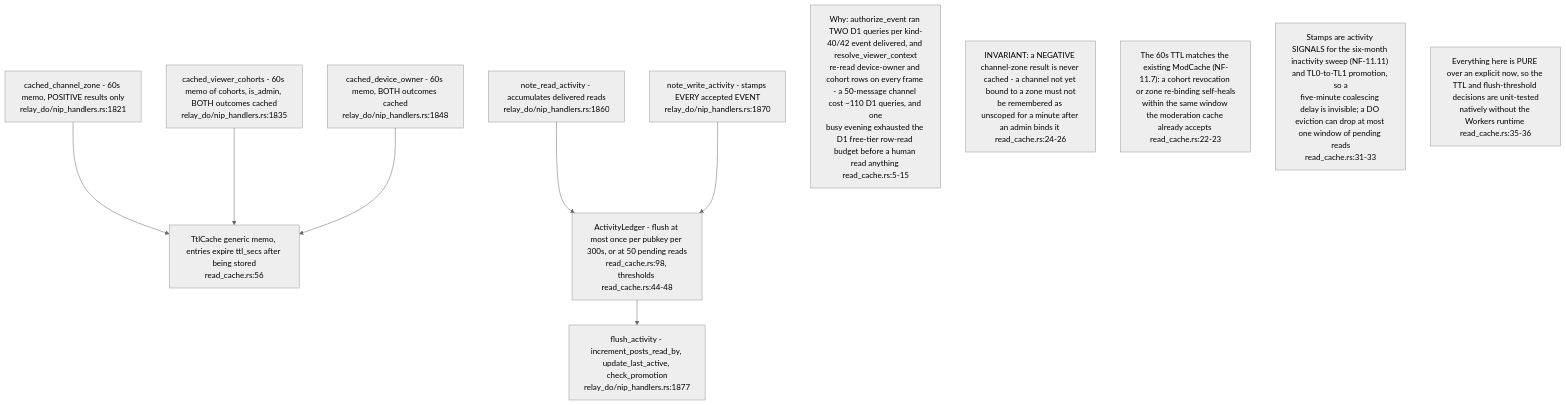
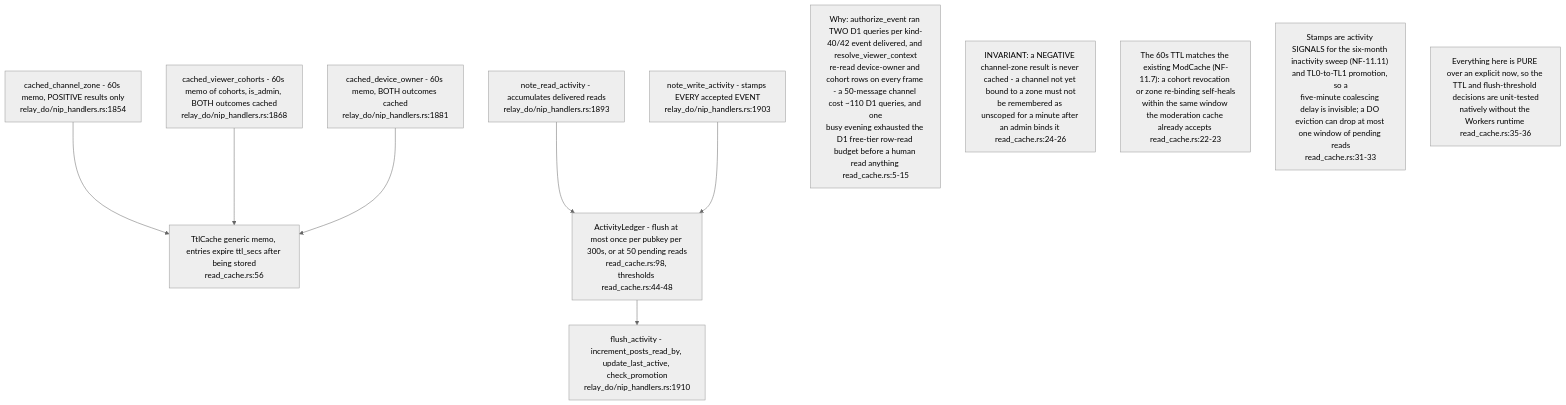
One commit to DreamLab-AI/VisionFlow changed diagram 16 of 16 in docs/diagrams/nostr-rust-forum/11-relay-durable-object-internals.md. Above: the diagram before and after it, drawn with Mermaid (neutral theme). The commit also changed other lines of this file and 111 other files, not shown here.

Commit message:
docs(diagrams): align estate maps with current source

````diff
--- a/docs/diagrams/nostr-rust-forum/11-relay-durable-object-internals.md
+++ b/docs/diagrams/nostr-rust-forum/11-relay-durable-object-internals.md
@@ -456,20 +457,20 @@
 ```mermaid
 flowchart TB
-    ZONE["cached_channel_zone - 60s memo, POSITIVE results only<br/>relay_do/nip_handlers.rs:1821"]
-    COH["cached_viewer_cohorts - 60s memo of cohorts, is_admin, BOTH outcomes cached<br/>relay_do/nip_handlers.rs:1835"]
-    DEV["cached_device_owner - 60s memo, BOTH outcomes cached<br/>relay_do/nip_handlers.rs:1848"]
+    ZONE["cached_channel_zone - 60s memo, POSITIVE results only<br/>relay_do/nip_handlers.rs:1854"]
+    COH["cached_viewer_cohorts - 60s memo of cohorts, is_admin, BOTH outcomes cached<br/>relay_do/nip_handlers.rs:1868"]
+    DEV["cached_device_owner - 60s memo, BOTH outcomes cached<br/>relay_do/nip_handlers.rs:1881"]
     TTL["TtlCache generic memo, entries expire ttl_secs after being stored<br/>read_cache.rs:56"]
-    READ["note_read_activity - accumulates delivered reads<br/>relay_do/nip_handlers.rs:1860"]
-    WRITE["note_write_activity - stamps EVERY accepted EVENT<br/>relay_do/nip_handlers.rs:1870"]
+    READ["note_read_activity - accumulates delivered reads<br/>relay_do/nip_handlers.rs:1893"]
+    WRITE["note_write_activity - stamps EVERY accepted EVENT<br/>relay_do/nip_handlers.rs:1903"]
     LEDGER["ActivityLedger - flush at most once per pubkey per 300s, or at 50 pending reads<br/>read_cache.rs:98, thresholds read_cache.rs:44-48"]
-    FLUSH["flush_activity - increment_posts_read_by, update_last_active, check_promotion<br/>relay_do/nip_handlers.rs:1877"]
+    FLUSH["flush_activity - increment_posts_read_by, update_last_active, check_promotion<br/>relay_do/nip_handlers.rs:1910"]
 
     ZONE & COH & DEV --> TTL
     READ & WRITE --> LEDGER --> FLUSH
 
     N1["Why: authorize_event ran TWO D1 queries per kind-40/42 event delivered, and resolve_viewer_context<br/>re-read device-owner and cohort rows on every frame - a 50-message channel cost ~110 D1 queries, and one<br/>busy evening exhausted the D1 free-tier row-read budget before a human read anything read_cache.rs:5-15"]
     N2["INVARIANT: a NEGATIVE channel-zone result is never cached - a channel not yet bound to a zone must not<br/>be remembered as unscoped for a minute after an admin binds it read_cache.rs:24-26"]
     N3["The 60s TTL matches the existing ModCache (NF-11.7): a cohort revocation or zone re-binding self-heals<br/>within the same window the moderation cache already accepts read_cache.rs:22-23"]
     N4["Stamps are activity SIGNALS for the six-month inactivity sweep (NF-11.11) and TL0-to-TL1 promotion, so a<br/>five-minute coalescing delay is invisible; a DO eviction can drop at most one window of pending reads<br/>read_cache.rs:31-33"]
     N5["Everything here is PURE over an explicit now, so the TTL and flush-threshold decisions are unit-tested<br/>natively without the Workers runtime read_cache.rs:35-36"]
 ```
````
